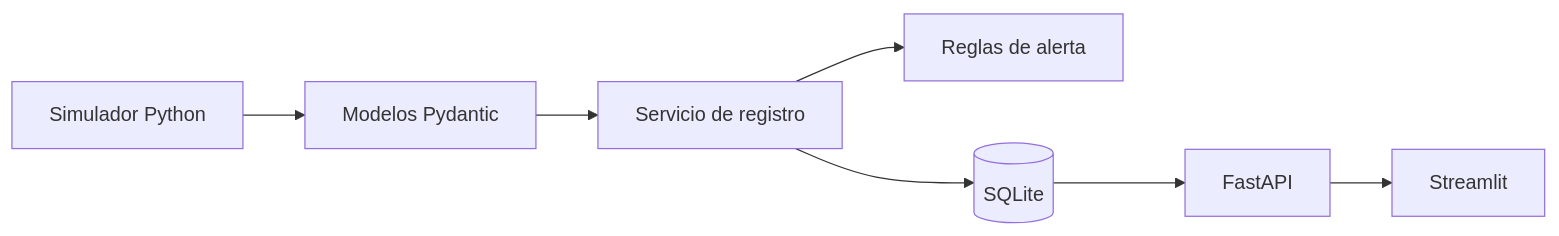
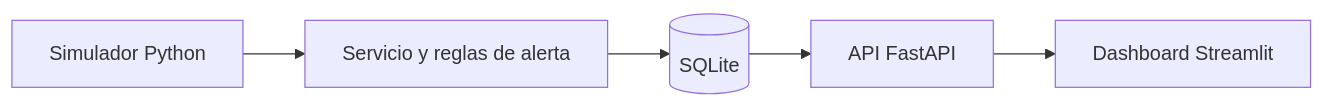
One commit to EduardoManzanoAlcaraz/robotelemetry-lite changed the diagram in README.md. Above: the diagram before and after it, drawn with Mermaid. The commit also changed other lines of this file, not shown here.

````diff
--- a/README.md
+++ b/README.md
@@ -24,9 +30,7 @@
 ```mermaid
 flowchart LR
-    S[Simulador Python] --> M[Modelos Pydantic]
-    M --> U[Servicio de registro]
-    U --> A[Reglas de alerta]
-    U --> DB[(SQLite)]
-    DB --> API[FastAPI]
-    API --> UI[Streamlit]
+    A[Simulador Python] --> B[Servicio y reglas de alerta]
+    B --> C[(SQLite)]
+    C --> D[API FastAPI]
+    D --> E[Dashboard Streamlit]
 ```
````
